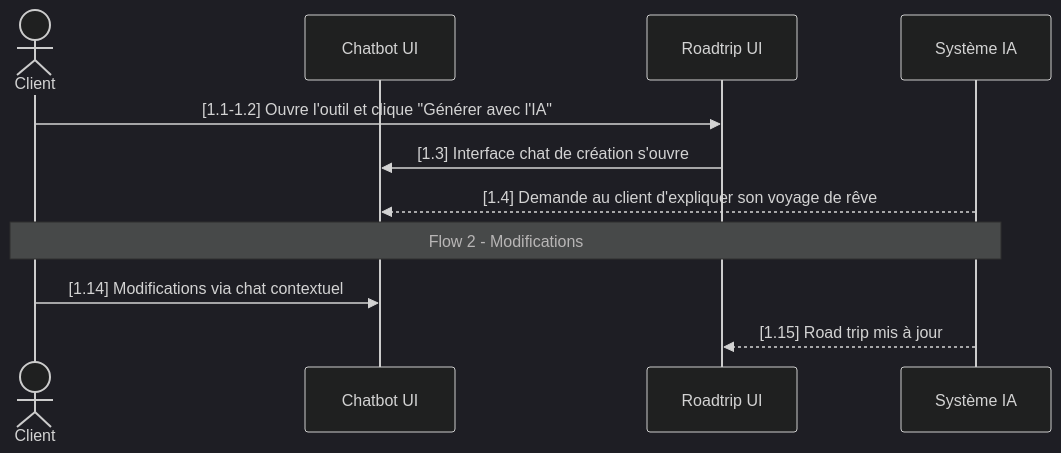
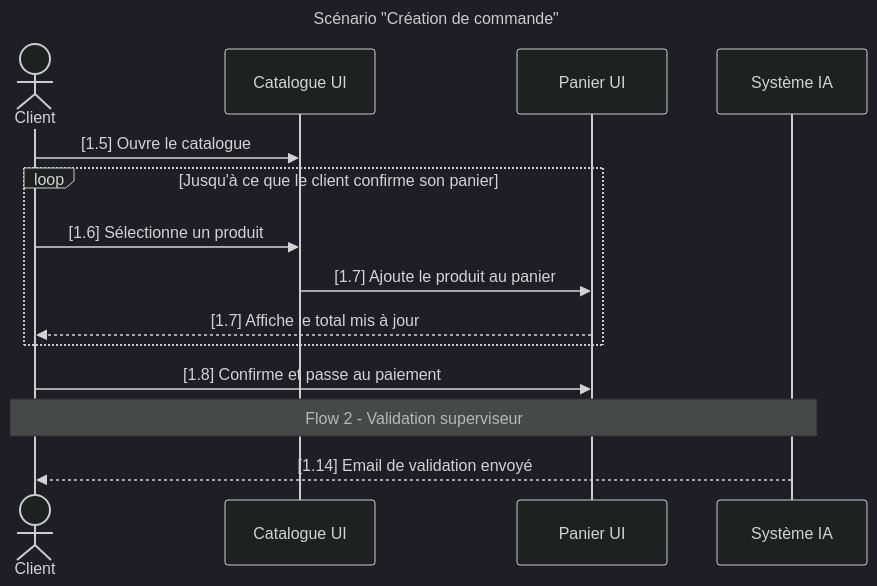
One commit to RunLittleTurtle/skills changed the diagram in plugins/scenario-uc/skills/scenario-uc/SKILL.md. Above: the diagram before and after it, drawn with Mermaid (dark theme). The commit also changed other lines of this file and 4 other files, not shown here.

````diff
--- a/plugins/scenario-uc/skills/scenario-uc/SKILL.md
+++ b/plugins/scenario-uc/skills/scenario-uc/SKILL.md
@@ -213,14 +321,20 @@
 ```mermaid
+---
+title: Scénario "Création de commande"
+---
 sequenceDiagram
     actor Client
-    participant Chatbot as Chatbot UI
-    participant Roadtrip as Roadtrip UI
+    participant Catalog as Catalogue UI
+    participant Panier as Panier UI
     participant SI as Système IA
 
-    Client->>Roadtrip: [1.1-1.2] Ouvre l'outil et clique "Générer avec l'IA"
-    Roadtrip->>Chatbot: [1.3] Interface chat de création s'ouvre
-    SI-->>Chatbot: [1.4] Demande au client d'expliquer son voyage de rêve
-    Note over Client,SI: Flow 2 - Modifications
-    Client->>Chatbot: [1.14] Modifications via chat contextuel
-    SI-->>Roadtrip: [1.15] Road trip mis à jour
+    Client->>Catalog: [1.5] Ouvre le catalogue
+    loop Jusqu'à ce que le client confirme son panier
+        Client->>Catalog: [1.6] Sélectionne un produit
+        Catalog->>Panier: [1.7] Ajoute le produit au panier
+        Panier-->>Client: [1.7] Affiche le total mis à jour
+    end
+    Client->>Panier: [1.8] Confirme et passe au paiement
+    Note over Client,SI: Flow 2 - Validation superviseur
+    SI-->>Client: [1.14] Email de validation envoyé
 ```
````
